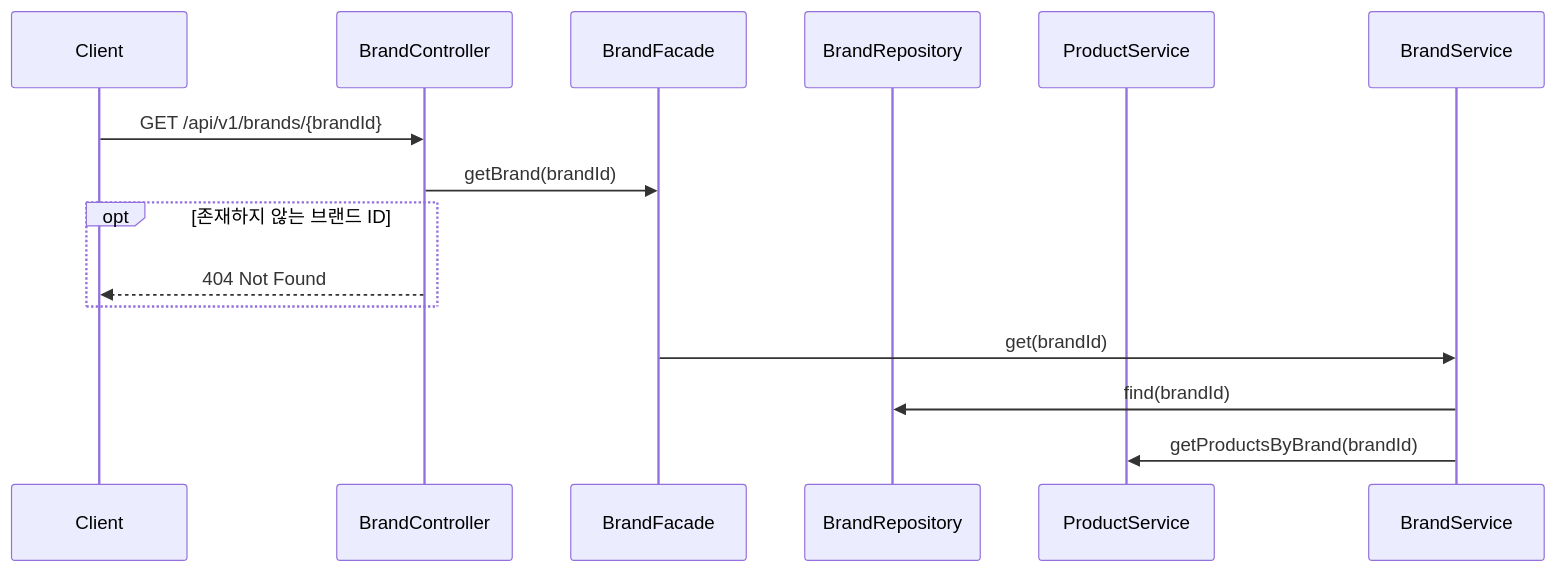
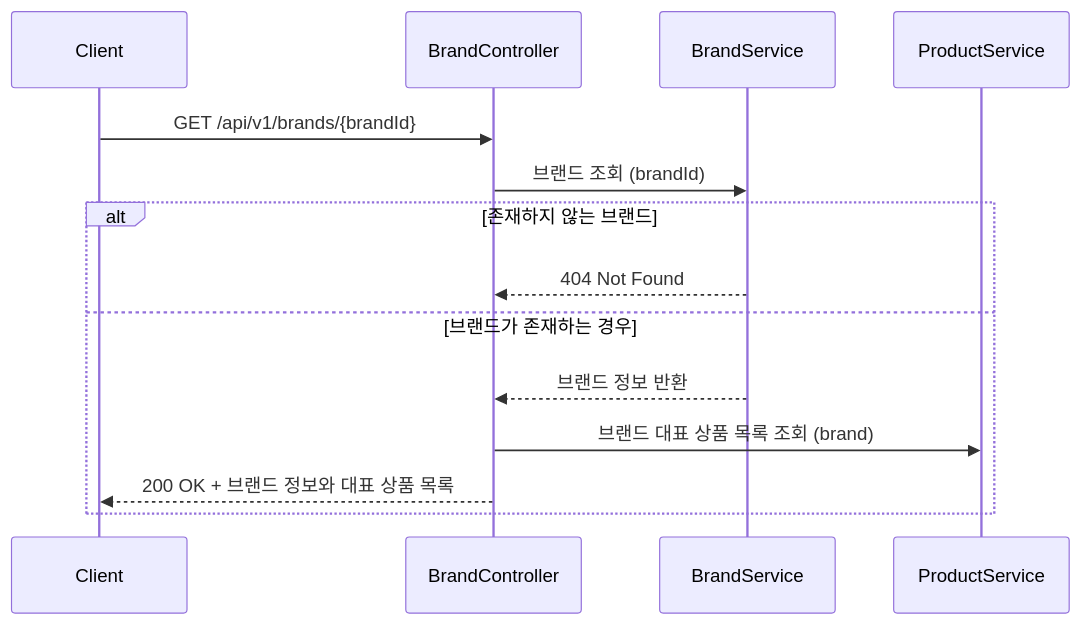
Before and after one commit to dhgu-dev/e-commerce: the second of 9 diagrams in docs/design/02-sequence-diagrams.md, drawn with Mermaid. The commit also changed other lines of this file and 3 other files, not shown here.

First line of the commit message:
docs: 시퀀스 및 클래스 다이어그램 개선 (#11)

````diff
--- a/docs/design/02-sequence-diagrams.md
+++ b/docs/design/02-sequence-diagrams.md
@@ -48,17 +45,17 @@
 ```mermaid
 sequenceDiagram
-    participant Client
-    participant BrandController
-    participant BrandFacade
-    participant BrandRepository
-    participant ProductService
+    participant C as Client
+    participant BC as BrandController
+    participant BS as BrandService
+    participant PS as ProductService
 
-    Client->>BrandController: GET /api/v1/brands/{brandId}
-    BrandController->>BrandFacade: getBrand(brandId)
-    opt 존재하지 않는 브랜드 ID
-        BrandController-->>Client: 404 Not Found
+    C->>BC: GET /api/v1/brands/{brandId}
+    BC->>BS: 브랜드 조회 (brandId)
+    alt 존재하지 않는 브랜드
+        BS-->>BC: 404 Not Found
+    else 브랜드가 존재하는 경우
+        BS-->>BC: 브랜드 정보 반환
+        BC->>PS: 브랜드 대표 상품 목록 조회 (brand)
+        BC-->>C: 200 OK + 브랜드 정보와 대표 상품 목록
     end
-    BrandFacade->>BrandService: get(brandId)
-    BrandService->>BrandRepository: find(brandId)
-    BrandService->>ProductService: getProductsByBrand(brandId)
 ```
````
